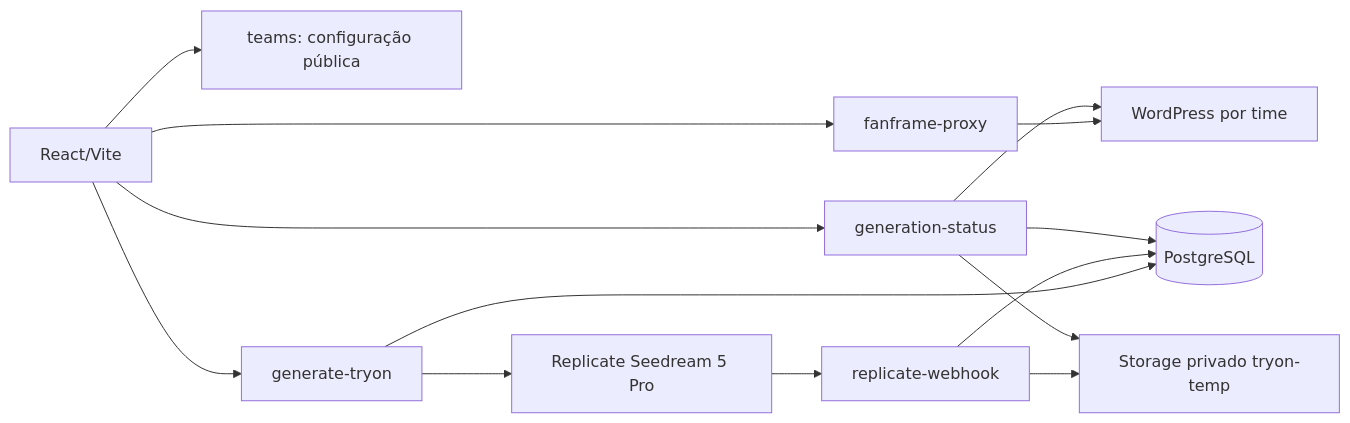
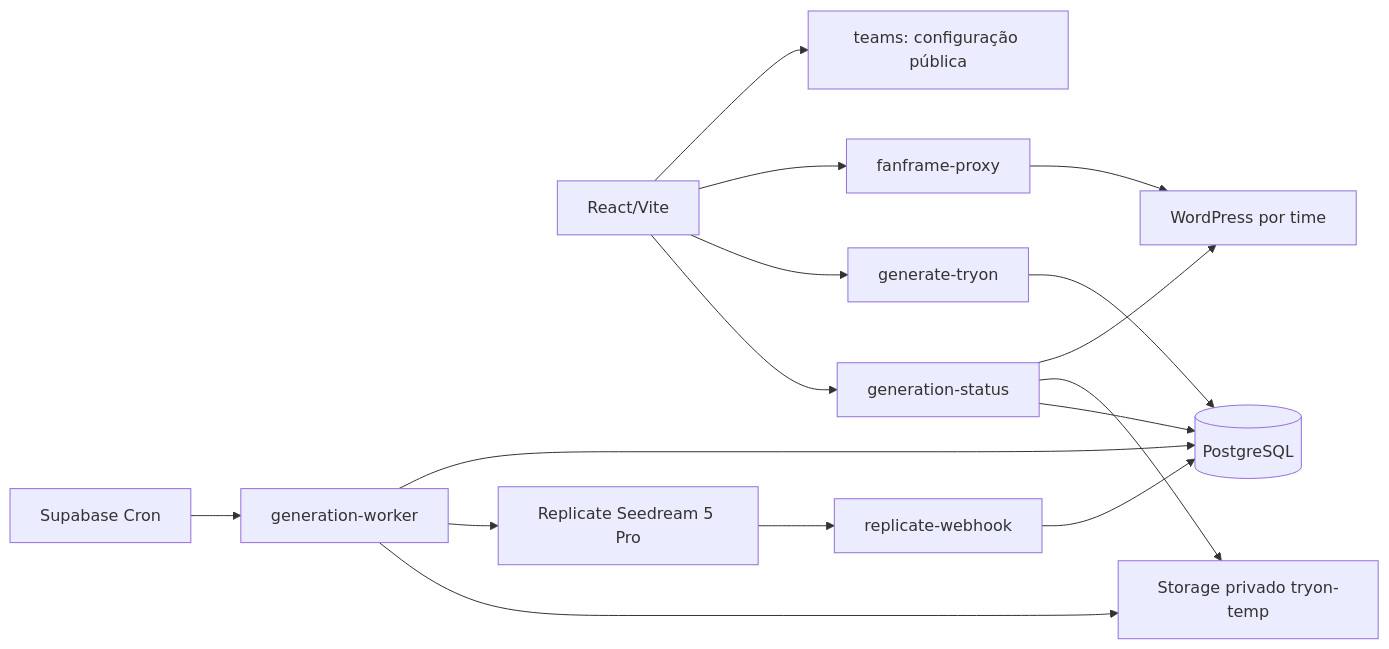
One commit to fanframe-ai/franframe changed the diagram in docs/architecture.md. Above: the diagram before and after it, drawn with Mermaid. The commit also changed other lines of this file and 38 other files, not shown here.

````diff
--- a/docs/architecture.md
+++ b/docs/architecture.md
@@ -7,16 +7,18 @@
 ```mermaid
 flowchart LR
   Browser[React/Vite] --> Teams[teams: configuração pública]
   Browser --> Proxy[fanframe-proxy]
   Browser --> Generate[generate-tryon]
   Browser --> Status[generation-status]
   Proxy --> WP[WordPress por time]
   Generate --> DB[(PostgreSQL)]
-  Generate --> Replicate[Replicate Seedream 5 Pro]
+  Cron[Supabase Cron] --> Worker[generation-worker]
+  Worker --> DB
+  Worker --> Replicate[Replicate Seedream 5 Pro]
   Replicate --> Webhook[replicate-webhook]
   Webhook --> DB
-  Webhook --> Storage[Storage privado tryon-temp]
+  Worker --> Storage[Storage privado tryon-temp]
   Status --> WP
   Status --> Storage
   Status --> DB
 ```
````
